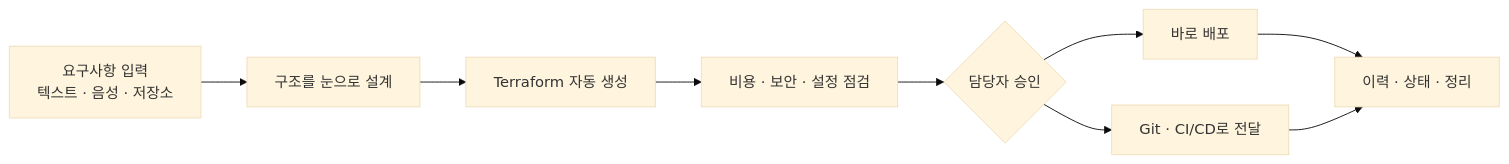
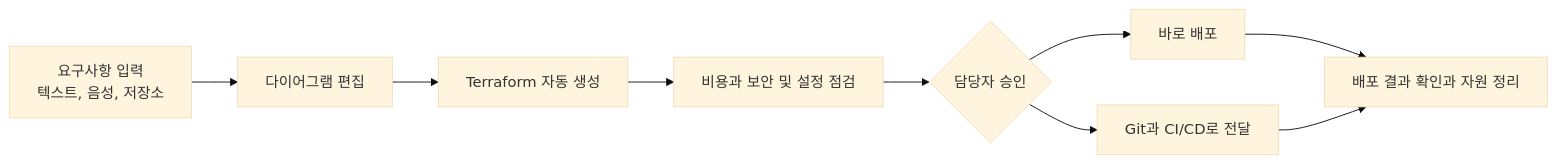
The diagram in README.md (NearthYou/SketchCatch), drawn with Mermaid (base theme) before and after one commit. The commit also changed other lines of this file and 1 other file, not shown here.

````diff
--- a/README.md
+++ b/README.md
@@ -36,11 +19,11 @@
 ```mermaid
 flowchart LR
-    A["요구사항 입력<br/>텍스트 · 음성 · 저장소"] --> B["구조를 눈으로 설계"]
+    A["요구사항 입력<br/>텍스트, 음성, 저장소"] --> B["다이어그램 편집"]
     B --> C["Terraform 자동 생성"]
-    C --> D["비용 · 보안 · 설정 점검"]
+    C --> D["비용과 보안 및 설정 점검"]
     D --> E{"담당자 승인"}
     E --> F["바로 배포"]
-    E --> G["Git · CI/CD로 전달"]
-    F --> H["이력 · 상태 · 정리"]
+    E --> G["Git과 CI/CD로 전달"]
+    F --> H["배포 결과 확인과 자원 정리"]
     G --> H
 ```
````
